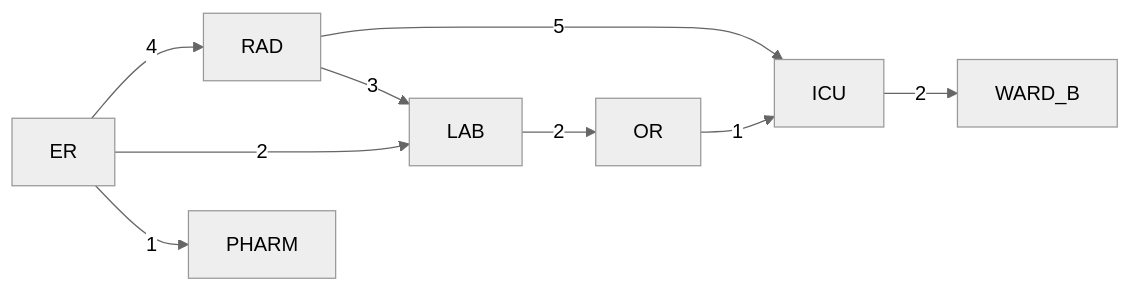
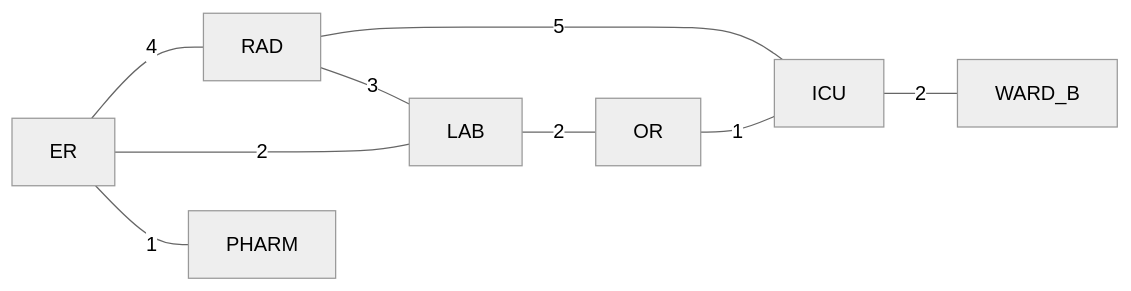
The first of 5 diagrams in session_05_search_bfs_dfs.md (DaneshJoy/ai_bme_intro), drawn with Mermaid (neutral theme) before and after one commit. The commit also changed other lines of this file and 60 other files, not shown here.

````diff
--- a/session_05_search_bfs_dfs.md
+++ b/session_05_search_bfs_dfs.md
@@ -59,11 +71,11 @@
 ```mermaid
 flowchart LR
-    ER["ER"] -- "4" --> RAD["RAD"]
-    ER -- "2" --> LAB["LAB"]
-    ER -- "1" --> PHARM["PHARM"]
-    RAD -- "5" --> ICU["ICU"]
-    RAD -- "3" --> LAB
-    LAB -- "2" --> OR["OR"]
-    OR -- "1" --> ICU
-    ICU -- "2" --> WB["WARD_B"]
+    ER["ER"] -- "4" --- RAD["RAD"]
+    ER -- "2" --- LAB["LAB"]
+    ER -- "1" --- PHARM["PHARM"]
+    RAD -- "5" --- ICU["ICU"]
+    RAD -- "3" --- LAB
+    LAB -- "2" --- OR["OR"]
+    OR -- "1" --- ICU
+    ICU -- "2" --- WB["WARD_B"]
 ```
````
